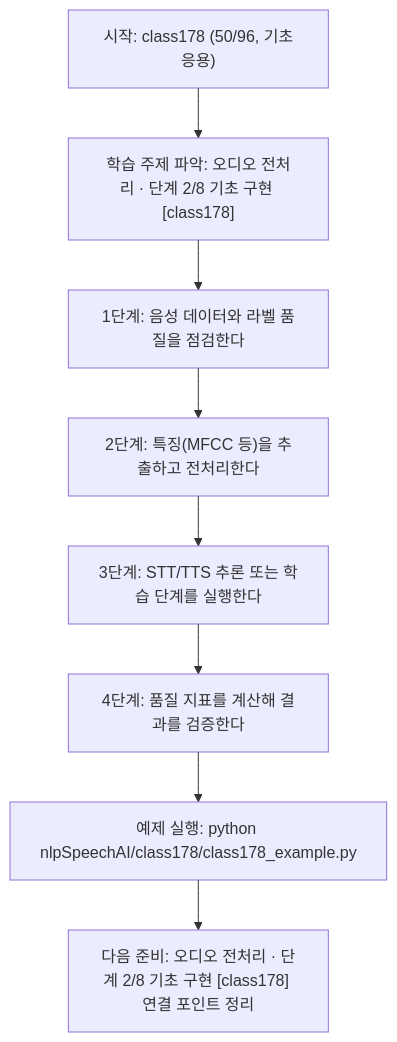
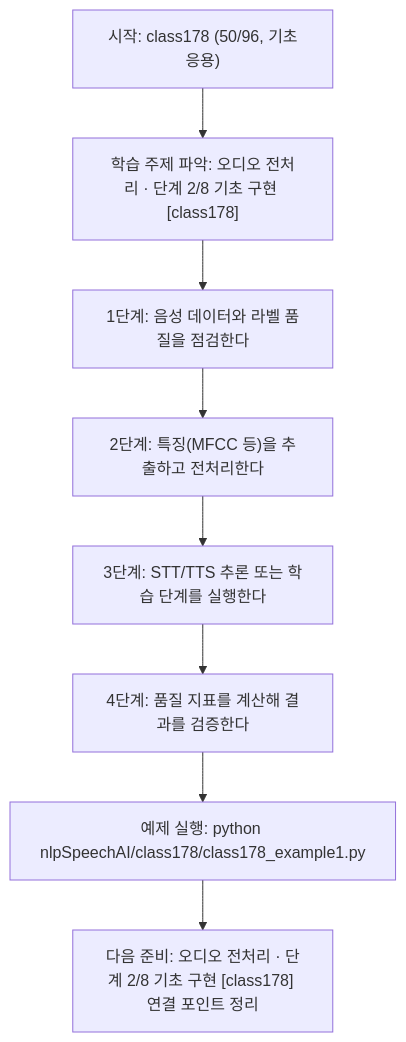
One commit to edumgt/Python-AI_Agent-Class changed the diagram in nlpSpeechAI/class178/class178.md. Above: the diagram before and after it, drawn with Mermaid. The commit also changed other lines of this file and 2959 other files, not shown here.

````diff
--- a/nlpSpeechAI/class178/class178.md
+++ b/nlpSpeechAI/class178/class178.md
@@ -113,18 +113,18 @@
 ```mermaid
 flowchart TD
 N1["시작: class178 (50/96, 기초응용)"]
 N2["학습 주제 파악: 오디오 전처리 · 단계 2/8 기초 구현 [class178]"]
 N3["1단계: 음성 데이터와 라벨 품질을 점검한다"]
 N4["2단계: 특징(MFCC 등)을 추출하고 전처리한다"]
 N5["3단계: STT/TTS 추론 또는 학습 단계를 실행한다"]
 N6["4단계: 품질 지표를 계산해 결과를 검증한다"]
-N7["예제 실행: python nlpSpeechAI/class178/class178_example.py"]
+N7["예제 실행: python nlpSpeechAI/class178/class178_example1.py"]
 N8["다음 준비: 오디오 전처리 · 단계 2/8 기초 구현 [class178] 연결 포인트 정리"]
 N1 --> N2
 N2 --> N3
 N3 --> N4
 N4 --> N5
 N5 --> N6
 N6 --> N7
 N7 --> N8
 ```
````
